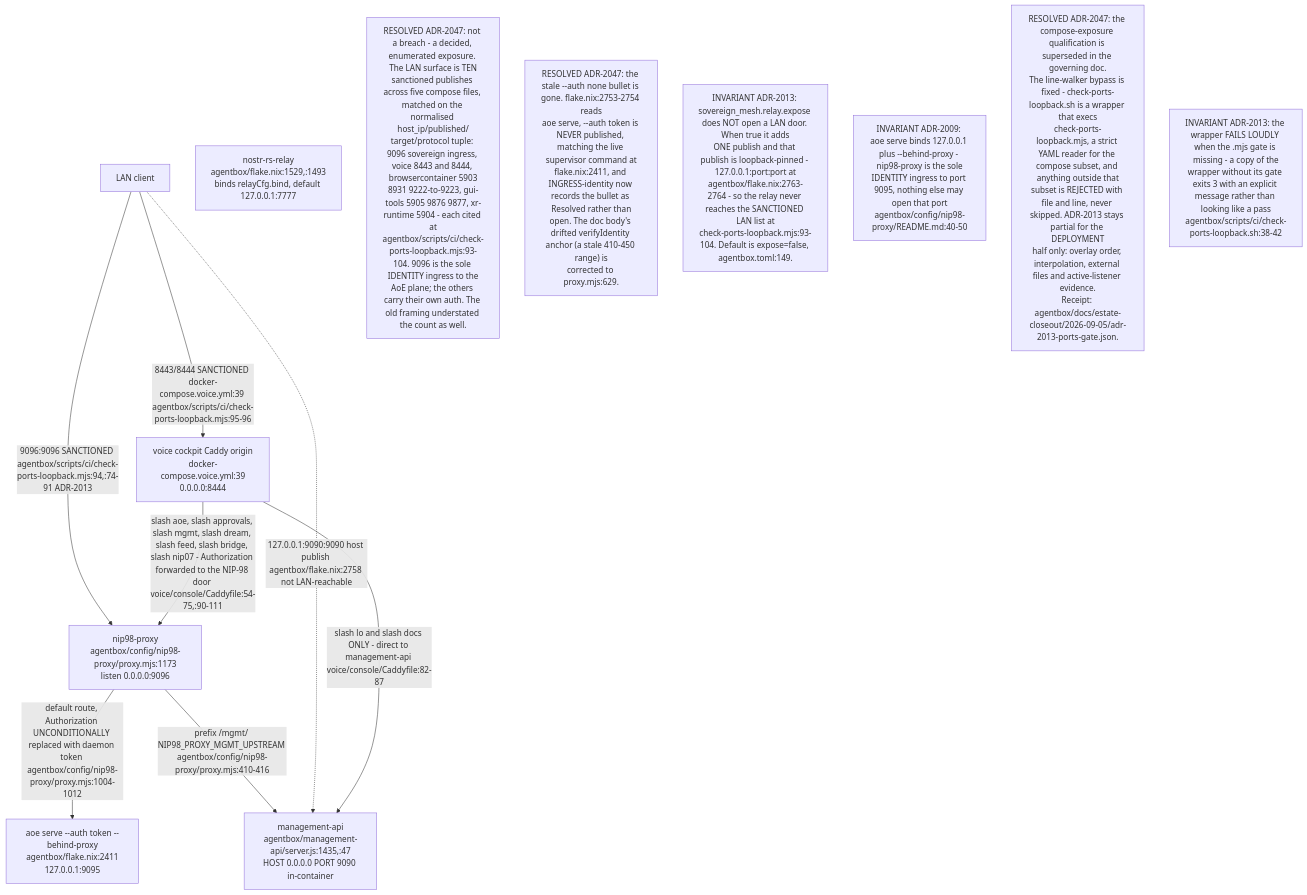
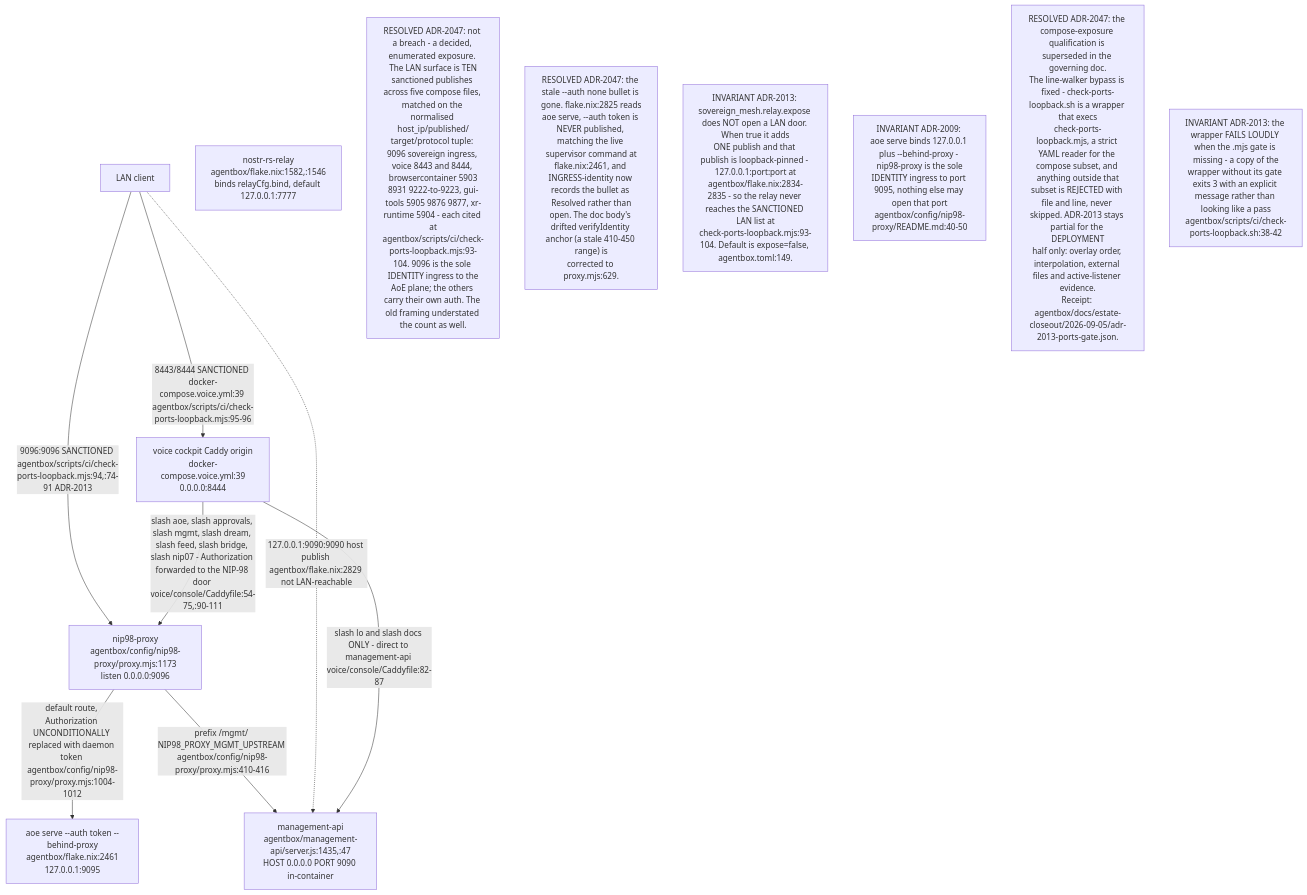
One commit to DreamLab-AI/VisionFlow changed the first of 13 diagrams in docs/diagrams/agentbox/10-ingress-nip98-proxy-and-aoe.md. Above: the diagram before and after it, drawn with Mermaid. The commit also changed other lines of this file and 136 other files, not shown here.

First line of the commit message:
docs(diagrams): refresh the whole corpus to code HEAD and prune low-value diagrams

````diff
--- a/docs/diagrams/agentbox/10-ingress-nip98-proxy-and-aoe.md
+++ b/docs/diagrams/agentbox/10-ingress-nip98-proxy-and-aoe.md
@@ -37,24 +38,24 @@
 ```mermaid
 flowchart TB
     LAN["LAN client"]
     P9096["nip98-proxy<br/>agentbox/config/nip98-proxy/proxy.mjs:1173<br/>listen 0.0.0.0:9096"]
-    AOE9095["aoe serve --auth token --behind-proxy<br/>agentbox/flake.nix:2411<br/>127.0.0.1:9095"]
+    AOE9095["aoe serve --auth token --behind-proxy<br/>agentbox/flake.nix:2461<br/>127.0.0.1:9095"]
     MGMT9090["management-api<br/>agentbox/management-api/server.js:1435,:47<br/>HOST 0.0.0.0 PORT 9090 in-container"]
-    RELAY7777["nostr-rs-relay<br/>agentbox/flake.nix:1529,:1493<br/>binds relayCfg.bind, default 127.0.0.1:7777"]
+    RELAY7777["nostr-rs-relay<br/>agentbox/flake.nix:1582,:1546<br/>binds relayCfg.bind, default 127.0.0.1:7777"]
     VOICE8444["voice cockpit Caddy origin<br/>docker-compose.voice.yml:39<br/>0.0.0.0:8444"]
 
     LAN -->|"9096:9096 SANCTIONED agentbox/scripts/ci/check-ports-loopback.mjs:94,:74-91 ADR-2013"| P9096
     P9096 -->|"default route, Authorization UNCONDITIONALLY replaced with daemon token agentbox/config/nip98-proxy/proxy.mjs:1004-1012"| AOE9095
     P9096 -->|"prefix /mgmt/ NIP98_PROXY_MGMT_UPSTREAM agentbox/config/nip98-proxy/proxy.mjs:410-416"| MGMT9090
-    LAN -.->|"127.0.0.1:9090:9090 host publish agentbox/flake.nix:2758 not LAN-reachable"| MGMT9090
+    LAN -.->|"127.0.0.1:9090:9090 host publish agentbox/flake.nix:2829 not LAN-reachable"| MGMT9090
     LAN -->|"8443/8444 SANCTIONED docker-compose.voice.yml:39 agentbox/scripts/ci/check-ports-loopback.mjs:95-96"| VOICE8444
     VOICE8444 -->|"slash lo and slash docs ONLY - direct to management-api voice/console/Caddyfile:82-87"| MGMT9090
     VOICE8444 -->|"slash aoe, slash approvals, slash mgmt, slash dream, slash feed, slash bridge, slash nip07 - Authorization forwarded to the NIP-98 door voice/console/Caddyfile:54-75,:90-111"| P9096
 
 N1["RESOLVED ADR-2047: not a breach - a decided, enumerated exposure. The LAN surface is TEN<br/>sanctioned publishes across five compose files, matched on the normalised host_ip/published/<br/>target/protocol tuple: 9096 sovereign ingress, voice 8443 and 8444, browsercontainer 5903<br/>8931 9222-to-9223, gui-tools 5905 9876 9877, xr-runtime 5904 - each cited at<br/>agentbox/scripts/ci/check-ports-loopback.mjs:93-104. 9096 is the sole IDENTITY ingress to the<br/>AoE plane; the others carry their own auth. The old framing understated the count as well."]
-N2["RESOLVED ADR-2047: the stale --auth none bullet is gone. flake.nix:2753-2754 reads<br/>aoe serve, --auth token is NEVER published, matching the live supervisor command at<br/>flake.nix:2411, and INGRESS-identity now records the bullet as Resolved rather than<br/>open. The doc body's drifted verifyIdentity anchor (a stale 410-450 range) is<br/>corrected to proxy.mjs:629."]
-N6["INVARIANT ADR-2013: sovereign_mesh.relay.expose does NOT open a LAN door. When true it adds<br/>ONE publish and that publish is loopback-pinned - 127.0.0.1:port:port at<br/>agentbox/flake.nix:2763-2764 - so the relay never reaches the SANCTIONED LAN list at<br/>check-ports-loopback.mjs:93-104. Default is expose=false, agentbox.toml:149."]
+N2["RESOLVED ADR-2047: the stale --auth none bullet is gone. flake.nix:2825 reads<br/>aoe serve, --auth token is NEVER published, matching the live supervisor command at<br/>flake.nix:2461, and INGRESS-identity now records the bullet as Resolved rather than<br/>open. The doc body's drifted verifyIdentity anchor (a stale 410-450 range) is<br/>corrected to proxy.mjs:629."]
+N6["INVARIANT ADR-2013: sovereign_mesh.relay.expose does NOT open a LAN door. When true it adds<br/>ONE publish and that publish is loopback-pinned - 127.0.0.1:port:port at<br/>agentbox/flake.nix:2834-2835 - so the relay never reaches the SANCTIONED LAN list at<br/>check-ports-loopback.mjs:93-104. Default is expose=false, agentbox.toml:149."]
 N3["INVARIANT ADR-2009: aoe serve binds 127.0.0.1 plus --behind-proxy - nip98-proxy is the sole<br/>IDENTITY ingress to port 9095, nothing else may open that port<br/>agentbox/config/nip98-proxy/README.md:40-50"]
 N4["RESOLVED ADR-2047: the compose-exposure qualification is superseded in the governing doc.<br/>The line-walker bypass is fixed - check-ports-loopback.sh is a wrapper that execs<br/>check-ports-loopback.mjs, a strict YAML reader for the compose subset, and anything outside that<br/>subset is REJECTED with file and line, never skipped. ADR-2013 stays partial for the DEPLOYMENT<br/>half only: overlay order, interpolation, external files and active-listener evidence.<br/>Receipt: agentbox/docs/estate-closeout/2026-09-05/adr-2013-ports-gate.json."]
 N5["INVARIANT ADR-2013: the wrapper FAILS LOUDLY when the .mjs gate is missing - a copy of the<br/>wrapper without its gate exits 3 with an explicit message rather than looking like a pass<br/>agentbox/scripts/ci/check-ports-loopback.sh:38-42"]
 ```
````
